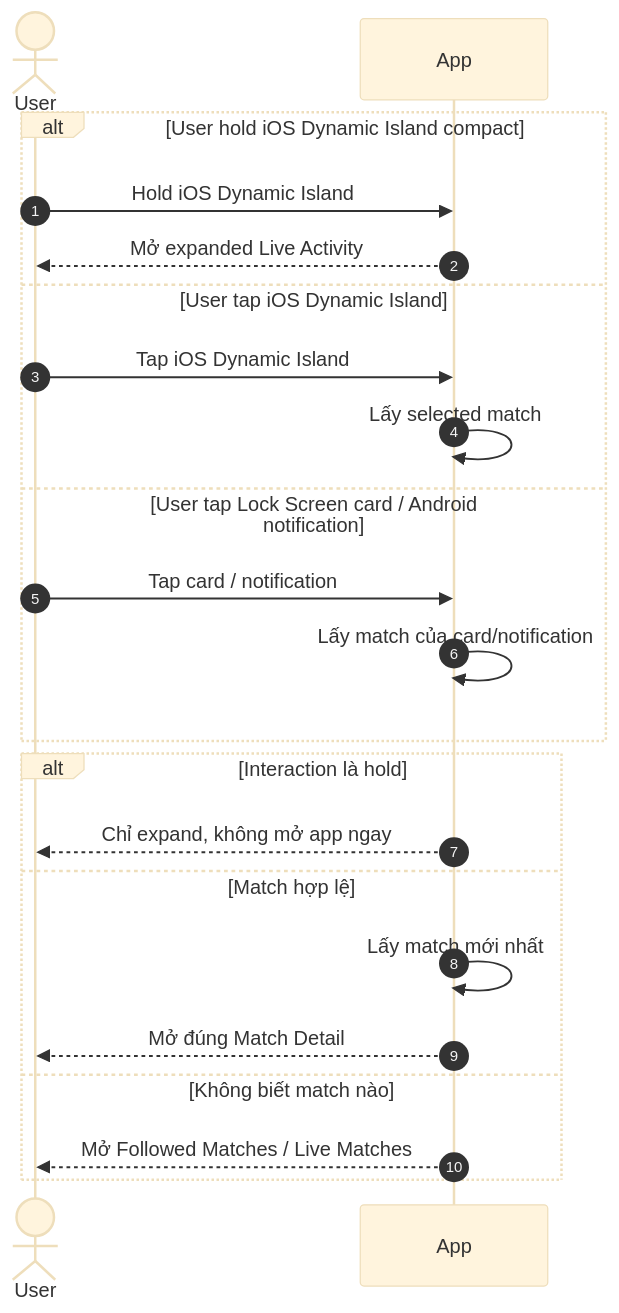
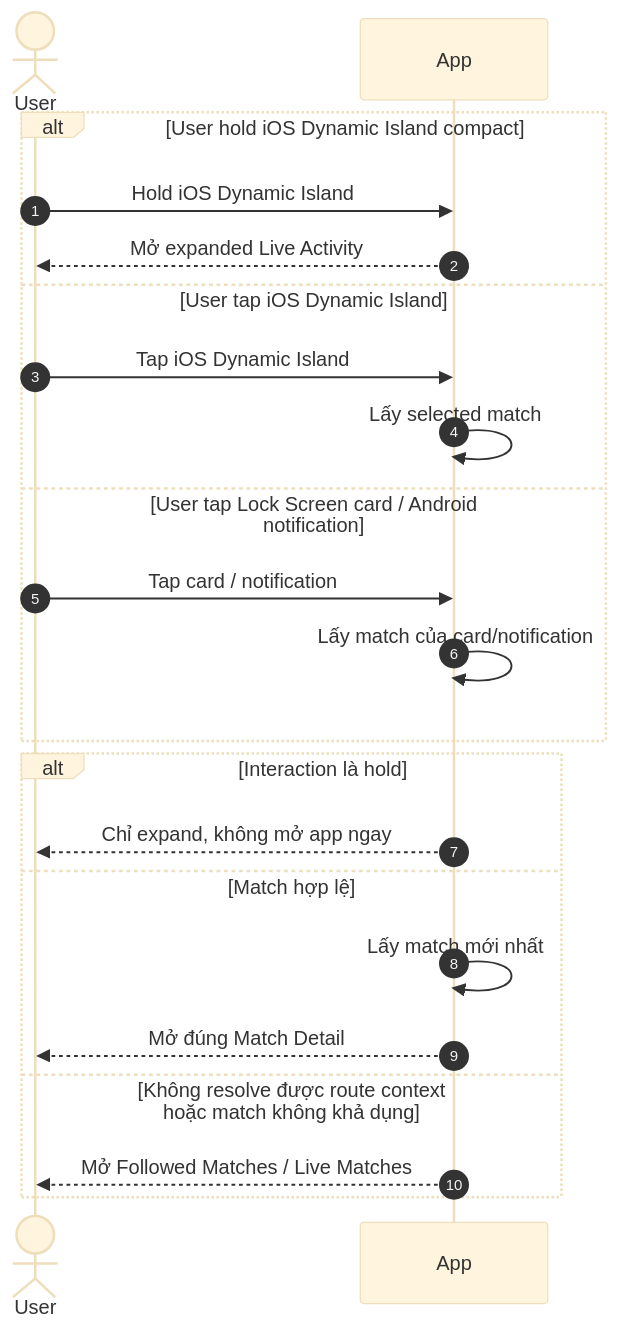
Before and after one commit to duongdang1136/FPTPLay: the fourth of 4 diagrams in features/final-docs/Sport-Zone/Live-Activity/product/live-activity-user-flows-functional-requirements.md, drawn with Mermaid (base theme). The commit also changed other lines of this file, not shown here.

````diff
--- a/features/final-docs/Sport-Zone/Live-Activity/product/live-activity-user-flows-functional-requirements.md
+++ b/features/final-docs/Sport-Zone/Live-Activity/product/live-activity-user-flows-functional-requirements.md
@@ -392,27 +407,27 @@
 ```mermaid
 sequenceDiagram
     autonumber
 
     actor User as User
     participant App
 
     alt User hold iOS Dynamic Island compact
         User->>App: Hold iOS Dynamic Island
         App-->>User: Mở expanded Live Activity
     else User tap iOS Dynamic Island
         User->>App: Tap iOS Dynamic Island
         App->>App: Lấy selected match
     else User tap Lock Screen card / Android notification
         User->>App: Tap card / notification
         App->>App: Lấy match của card/notification
     end
 
     alt Interaction là hold
         App-->>User: Chỉ expand, không mở app ngay
     else Match hợp lệ
         App->>App: Lấy match mới nhất
         App-->>User: Mở đúng Match Detail
-    else Không biết match nào
+    else Không resolve được route context hoặc match không khả dụng
         App-->>User: Mở Followed Matches / Live Matches
     end
 ```
````
